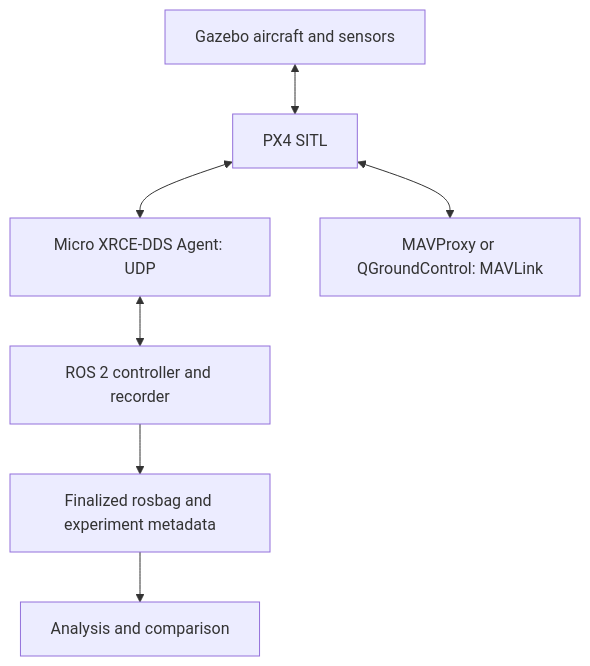
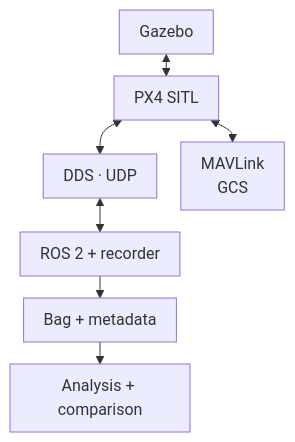
Before and after one commit to ANCL/px4-dev-toolkit: the first of 2 diagrams in docs/reference/architecture.md, drawn with Mermaid. The commit also changed other lines of this file and 41 other files, not shown here.

Commit message:
docs: refine typography, diagrams, and editorial presentation

````diff
--- a/docs/reference/architecture.md
+++ b/docs/reference/architecture.md
@@ -14,9 +14,18 @@
 ```mermaid
+---
+config:
+  flowchart:
+    useMaxWidth: false
+    wrappingWidth: 140
+    padding: 10
+    rankSpacing: 22
+    nodeSpacing: 24
+---
 flowchart TB
-    G[Gazebo aircraft and sensors] <--> P[PX4 SITL]
-    P <--> X[Micro XRCE-DDS Agent: UDP]
-    X <--> R[ROS 2 controller and recorder]
-    P <--> M[MAVProxy or QGroundControl: MAVLink]
-    R --> B[Finalized rosbag and experiment metadata]
-    B --> A[Analysis and comparison]
+    G["Gazebo"] <--> P["PX4 SITL"]
+    P <--> X["DDS · UDP"]
+    X <--> R["ROS 2 + recorder"]
+    P <--> M["MAVLink<br/>GCS"]
+    R --> B["Bag + metadata"]
+    B --> A["Analysis + comparison"]
 ```
````
